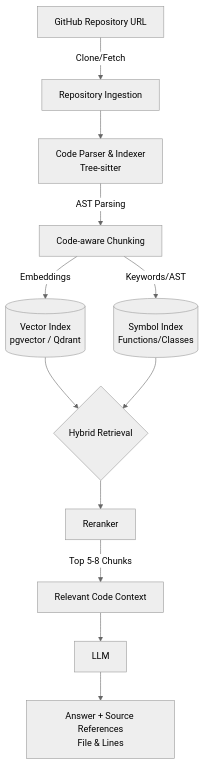
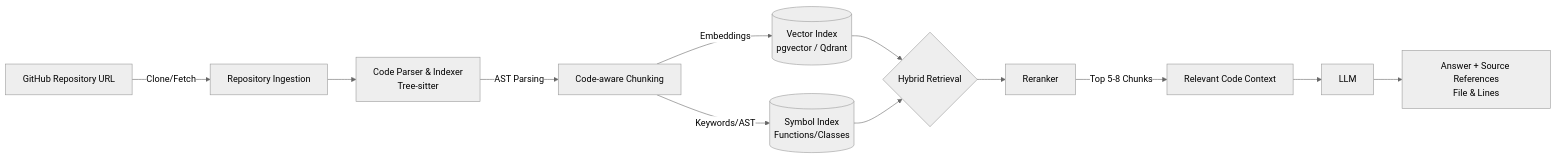
Before and after one commit to alphaBytes10/Codebase-RAG: the diagram in README.md, drawn with Mermaid (neutral theme). The commit also changed other lines of this file, not shown here.

Commit message:
Update README: horizontal diagram and setup instructions

````diff
--- a/README.md
+++ b/README.md
@@ -17,19 +17,19 @@
 ```mermaid
-graph TD
+graph LR
     A[GitHub Repository URL] -->|Clone/Fetch| B[Repository Ingestion]
     B --> C[Code Parser & Indexer\nTree-sitter]
     
     C -->|AST Parsing| D[Code-aware Chunking]
     
     D -->|Embeddings| E[(Vector Index\npgvector / Qdrant)]
     D -->|Keywords/AST| F[(Symbol Index\nFunctions/Classes)]
     
     E --> G{Hybrid Retrieval}
     F --> G
     
     G --> H[Reranker]
     H -->|Top 5-8 Chunks| I[Relevant Code Context]
     
     I --> J[LLM]
     J --> K[Answer + Source References\nFile & Lines]
 ```
````
